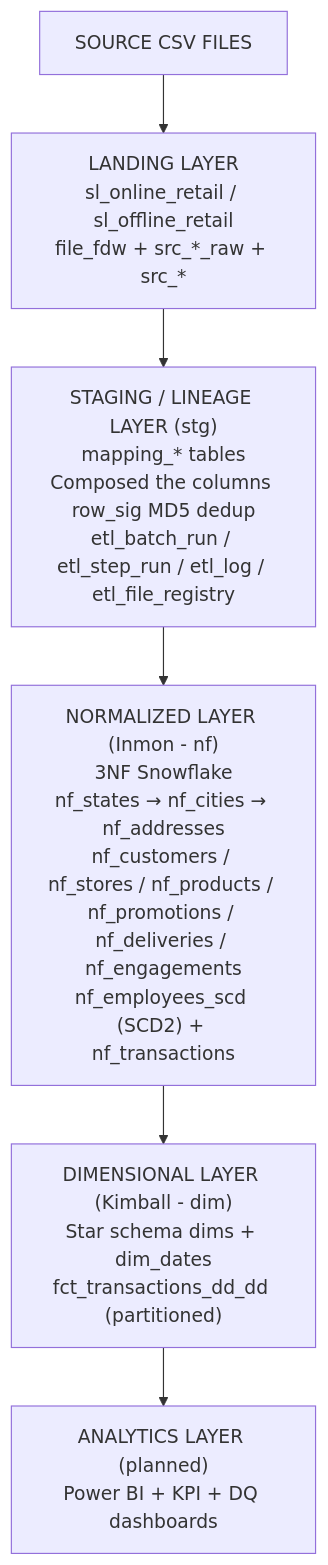
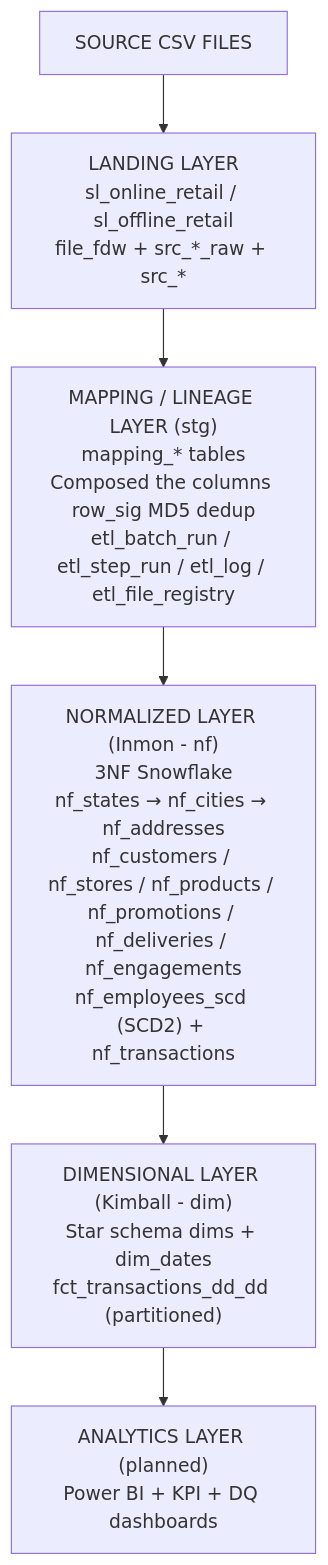
Before and after one commit to sumikara/retail-datawarehouse-e2e: the second of 9 diagrams in README.md, drawn with Mermaid. The commit also changed other lines of this file, not shown here.

````diff
--- a/README.md
+++ b/README.md
@@ -104,8 +111,8 @@
 ```mermaid
 flowchart TD
     A["SOURCE CSV FILES"] --> B["LANDING LAYER\nsl_online_retail / sl_offline_retail\nfile_fdw + src_*_raw + src_*"]
-    B --> C["STAGING / LINEAGE LAYER (stg)\nmapping_* tables\nComposed the columns \nrow_sig MD5 dedup\netl_batch_run / etl_step_run / etl_log / etl_file_registry"]
+    B --> C["MAPPING / LINEAGE LAYER (stg)\nmapping_* tables\nComposed the columns \nrow_sig MD5 dedup\netl_batch_run / etl_step_run / etl_log / etl_file_registry"]
     C --> D["NORMALIZED LAYER (Inmon - nf)\n3NF Snowflake\nnf_states → nf_cities → nf_addresses\nnf_customers / nf_stores / nf_products / nf_promotions / nf_deliveries / nf_engagements\nnf_employees_scd (SCD2) + nf_transactions"]
     D --> E["DIMENSIONAL LAYER (Kimball - dim)\nStar schema dims + dim_dates\nfct_transactions_dd_dd (partitioned)"]
     E --> F["ANALYTICS LAYER (planned)\nPower BI + KPI + DQ dashboards"]
 ```
````
